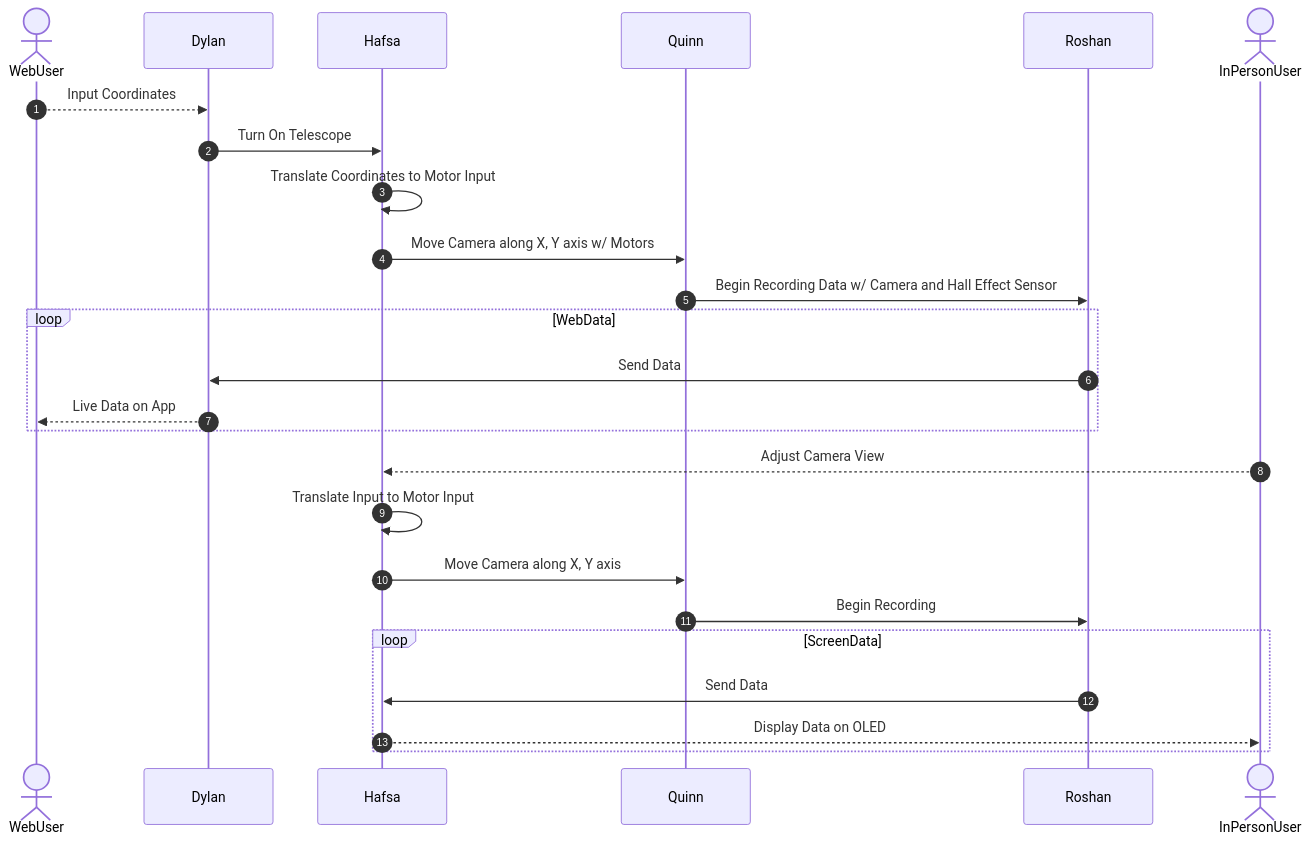
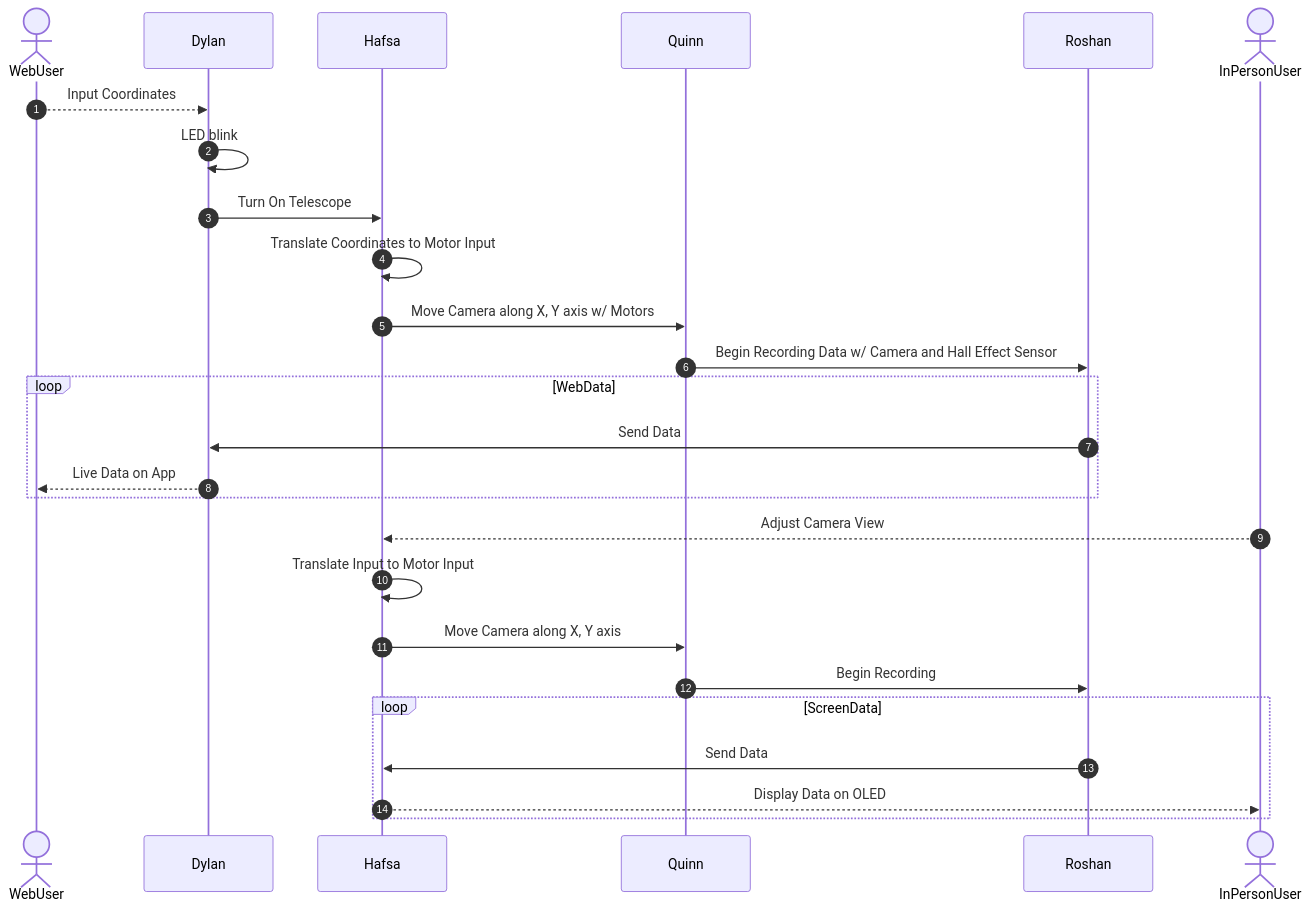
Before and after one commit to EGR314-S-2026-304/EGR314-S-2026-304.github.io: the diagram in docs/04-Team-Diagram.md, drawn with Mermaid. The commit also changed other lines of this file, not shown here.

````diff
--- a/docs/04-Team-Diagram.md
+++ b/docs/04-Team-Diagram.md
@@ -11,23 +11,24 @@
 ``` mermaid
 sequenceDiagram
   autonumber
   actor WebUser
   WebUser-->>Dylan: Input Coordinates
+  Dylan->>Dylan: LED blink
   Dylan->>Hafsa: Turn On Telescope
   Hafsa->>Hafsa: Translate Coordinates to Motor Input
   Hafsa->>Quinn: Move Camera along X, Y axis w/ Motors
   Quinn->>Roshan: Begin Recording Data w/ Camera and Hall Effect Sensor
   loop WebData
     Roshan->>Dylan: Send Data
     Dylan-->>WebUser: Live Data on App
   end
   actor InPersonUser
   InPersonUser-->>Hafsa: Adjust Camera View
   Hafsa->>Hafsa: Translate Input to Motor Input
   Hafsa->>Quinn: Move Camera along X, Y axis
   Quinn->>Roshan: Begin Recording
   loop ScreenData
     Roshan->>Hafsa: Send Data
     Hafsa-->>InPersonUser: Display Data on OLED
   end
 ```
````
